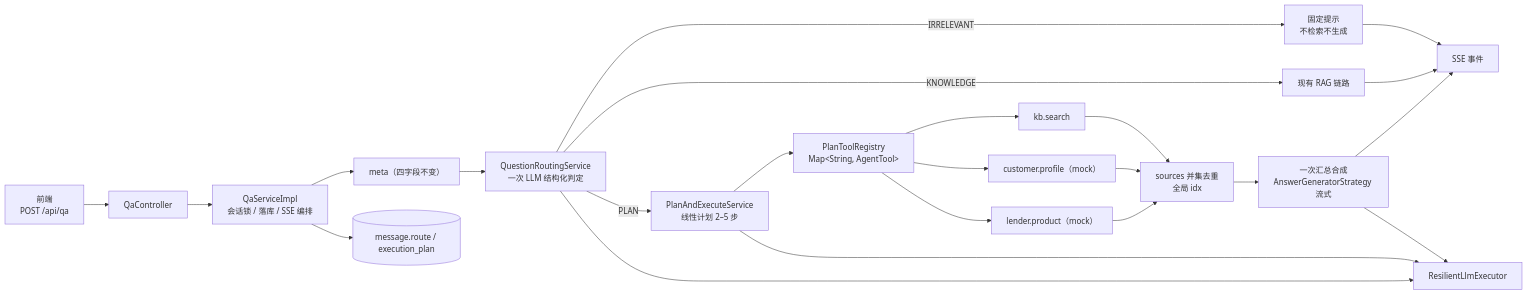
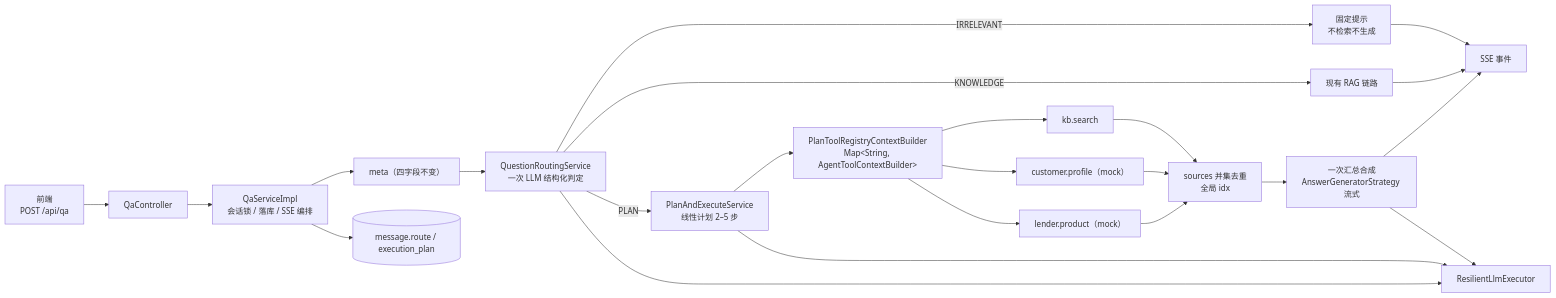
One commit to weifeixuan/lender-assistant changed the first of 4 diagrams in docs/prd/qa-routing-and-plan-execute.md. Above: the diagram before and after it, drawn with Mermaid. The commit also changed other lines of this file and 27 other files, not shown here.

Commit message:
refactor(structure): 工具面拆名为 aitools 与 rag/context，类名补 ContextBuilder 后缀

````diff
--- a/docs/prd/qa-routing-and-plan-execute.md
+++ b/docs/prd/qa-routing-and-plan-execute.md
@@ -25,25 +25,25 @@
 ```mermaid
 flowchart LR
     FE["前端<br/>POST /api/qa"] --> QC["QaController"]
     QC --> QS["QaServiceImpl<br/>会话锁 / 落库 / SSE 编排"]
     QS --> META["meta（四字段不变）"]
     META --> ROUTER["QuestionRoutingService<br/>一次 LLM 结构化判定"]
     ROUTER -->|IRRELEVANT| IR["固定提示<br/>不检索不生成"]
     ROUTER -->|KNOWLEDGE| RAG["现有 RAG 链路"]
     ROUTER -->|PLAN| P["PlanAndExecuteService<br/>线性计划 2–5 步"]
-    P --> REG["PlanToolRegistry<br/>Map&lt;String, AgentTool&gt;"]
+    P --> REG["PlanToolRegistryContextBuilder<br/>Map&lt;String, AgentToolContextBuilder&gt;"]
     REG --> KB["kb.search"]
     REG --> CP["customer.profile（mock）"]
     REG --> LP["lender.product（mock）"]
     KB --> UNION["sources 并集去重<br/>全局 idx"]
     CP --> UNION
     LP --> UNION
     UNION --> SYN["一次汇总合成<br/>AnswerGeneratorStrategy 流式"]
     IR --> SSE["SSE 事件"]
     RAG --> SSE
     SYN --> SSE
     ROUTER --> LLM["ResilientLlmExecutor"]
     P --> LLM
     SYN --> LLM
     QS --> DB[("message.route / execution_plan")]
 ```
````
